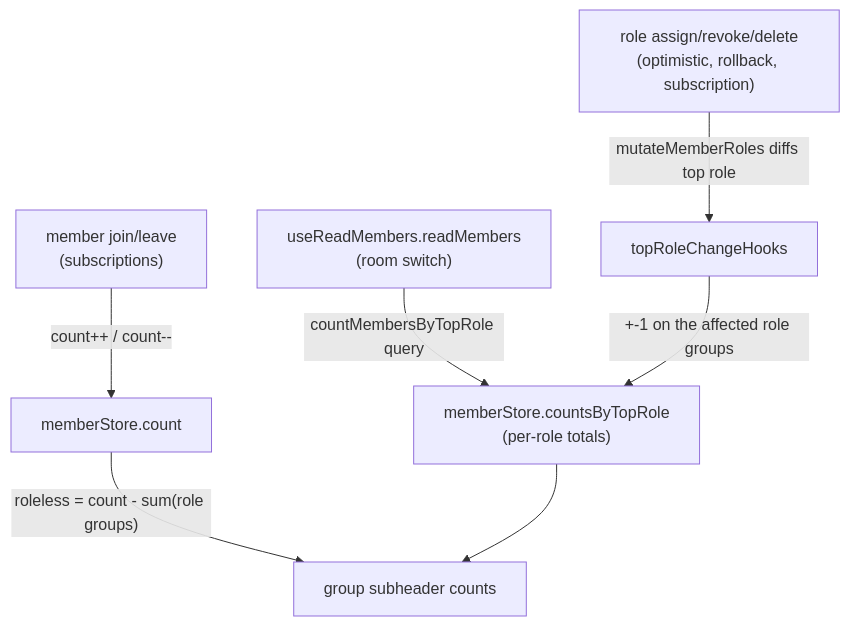
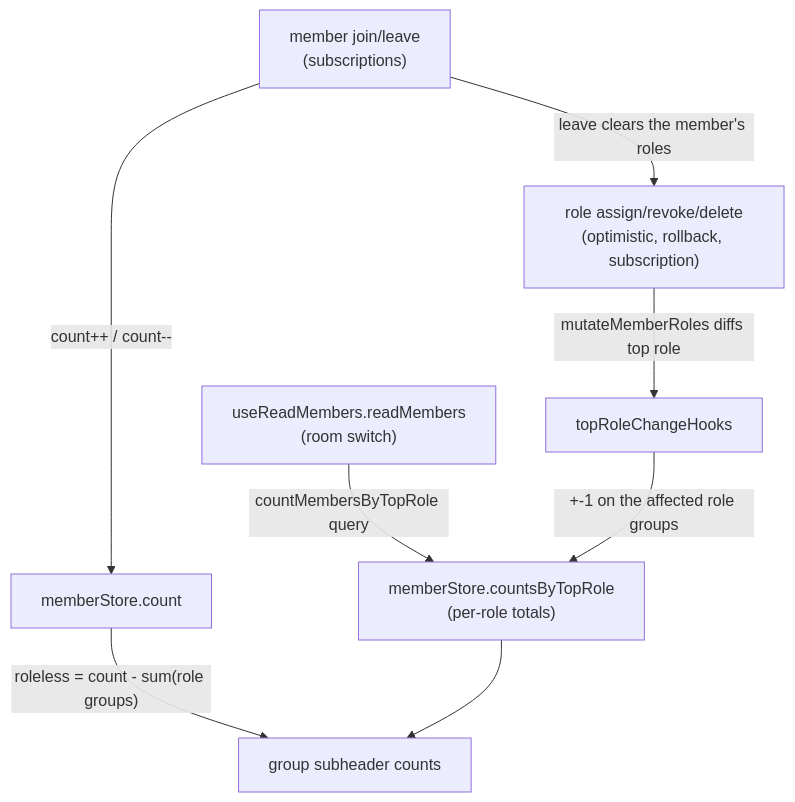
Before and after one commit to Esposter/Esposter: the diagram in packages/app/content/docs/esbabbler/room-ui.md, drawn with Mermaid. The commit also changed other lines of this file and 122 other files, not shown here.

````diff
--- a/packages/app/content/docs/esbabbler/room-ui.md
+++ b/packages/app/content/docs/esbabbler/room-ui.md
@@ -18,9 +18,10 @@
 ```mermaid
 flowchart TD
   readMembers["useReadMembers.readMembers<br/>(room switch)"] -- "countMembersByTopRole query" --> counts["memberStore.countsByTopRole<br/>(per-role totals)"]
   joinLeave["member join/leave<br/>(subscriptions)"] -- "count++ / count--" --> total["memberStore.count"]
+  joinLeave -- "leave clears the member's roles" --> roleMutation
   total -- "roleless = count - sum(role groups)" --> headers["group subheader counts"]
   counts --> headers
   roleMutation["role assign/revoke/delete<br/>(optimistic, rollback, subscription)"] -- "mutateMemberRoles diffs top role" --> hooks["topRoleChangeHooks"]
   hooks -- "+-1 on the affected role groups" --> counts
 ```
````
